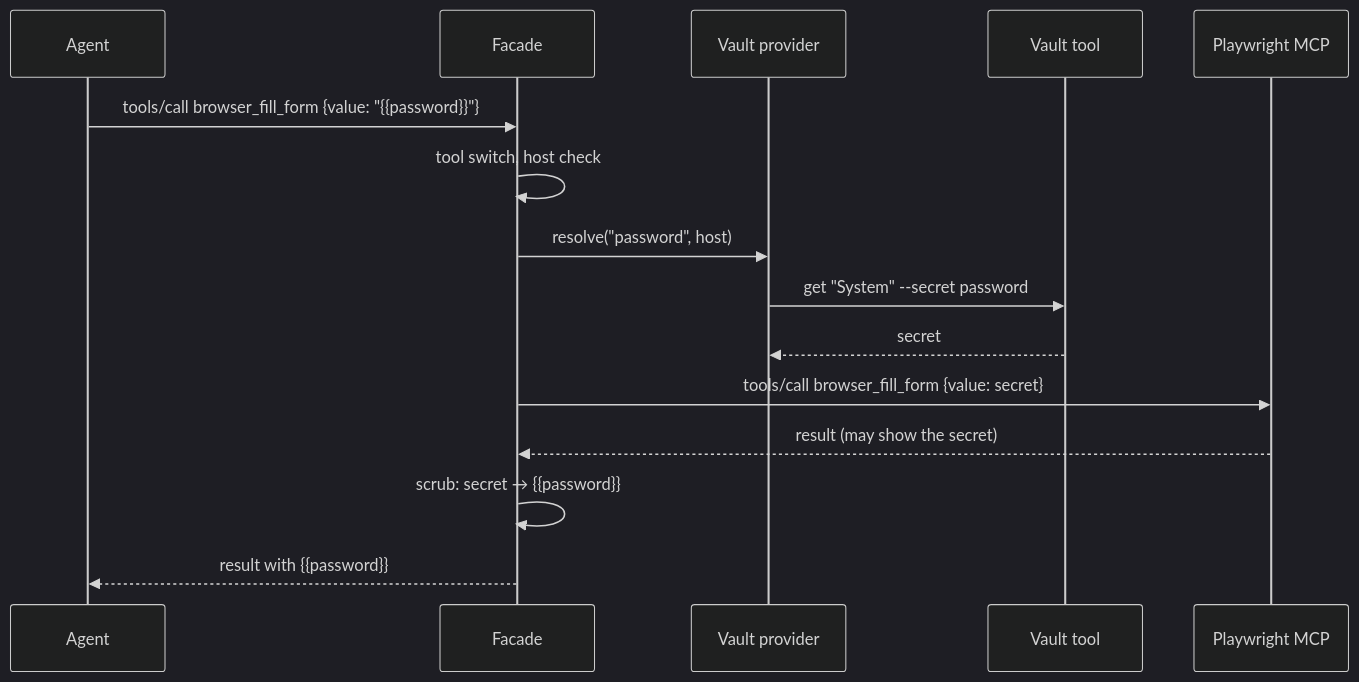
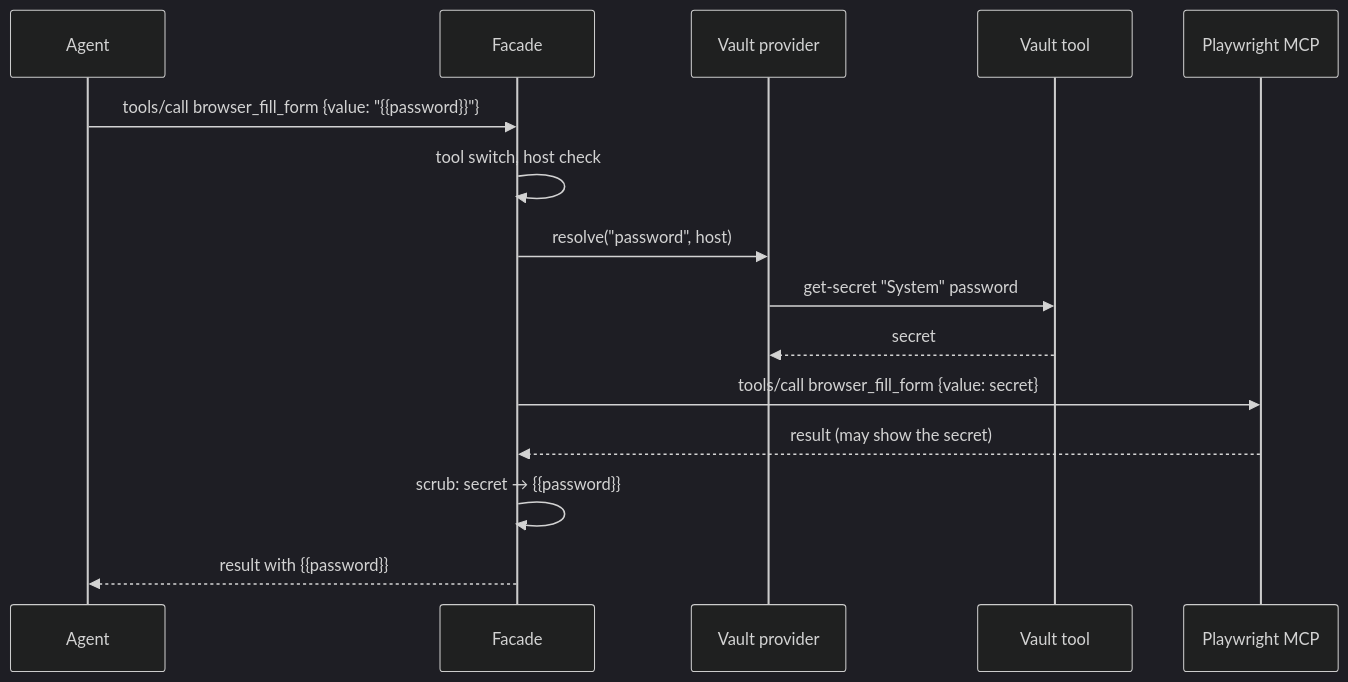
One commit to npstash/shared changed the fourth of 6 diagrams in tools/browser-tool-facades/sdd/DESIGN.md. Above: the diagram before and after it, drawn with Mermaid (dark theme). The commit also changed other lines of this file and 6 other files, not shown here.

Commit message:
Fix the vault command of the facade vault provider; remove its sub-vault option

````diff
--- a/tools/browser-tool-facades/sdd/DESIGN.md
+++ b/tools/browser-tool-facades/sdd/DESIGN.md
@@ -159,12 +159,12 @@
 ```mermaid
 sequenceDiagram
     Agent->>Facade: tools/call browser_fill_form {value: "{{password}}"}
     Facade->>Facade: tool switch, host check
     Facade->>Vault provider: resolve("password", host)
-    Vault provider->>Vault tool: get "System" --secret password
+    Vault provider->>Vault tool: get-secret "System" password
     Vault tool-->>Vault provider: secret
     Facade->>Playwright MCP: tools/call browser_fill_form {value: secret}
     Playwright MCP-->>Facade: result (may show the secret)
     Facade->>Facade: scrub: secret → {{password}}
     Facade-->>Agent: result with {{password}}
 ```
````
